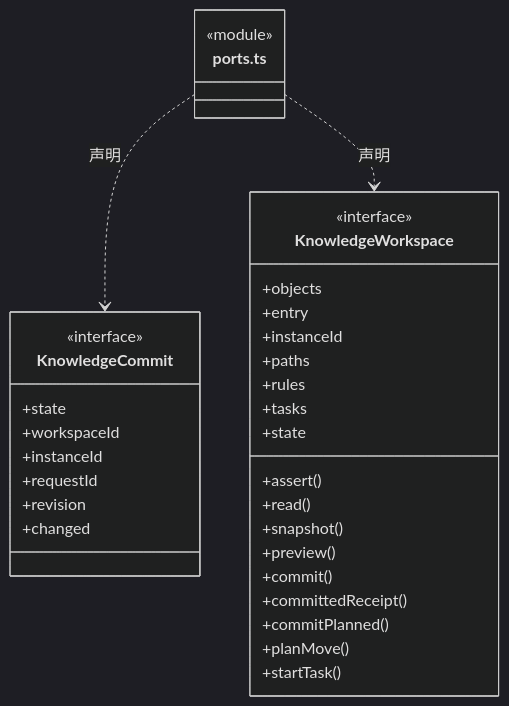
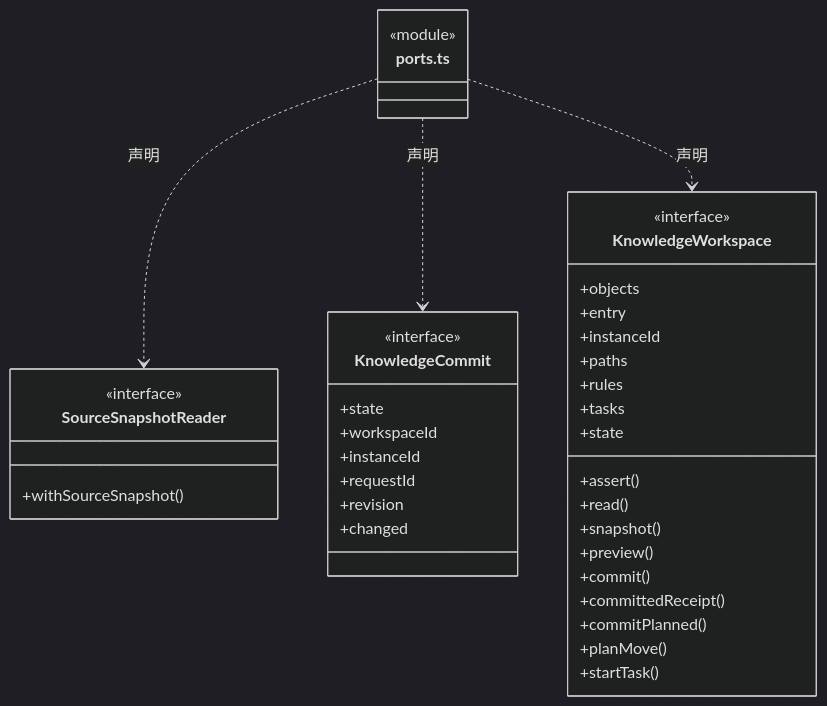
Before and after one commit to nan023062/cbim: diagram 14 of 28 in src/backend/core/knowledge/ARCHITECTURE.md, drawn with Mermaid (dark theme). The commit also changed other lines of this file and 224 other files, not shown here.

````diff
--- a/src/backend/core/knowledge/ARCHITECTURE.md
+++ b/src/backend/core/knowledge/ARCHITECTURE.md
@@ -318,36 +318,41 @@
 ```mermaid
 classDiagram
 class N_src_backend_core_knowledge_ports_ts["ports.ts"] {
   <<module>>
 }
+class N_src_backend_core_knowledge_ports_ts_SourceSnapshotReader["SourceSnapshotReader"] {
+  <<interface>>
+  +withSourceSnapshot()
+}
+N_src_backend_core_knowledge_ports_ts ..> N_src_backend_core_knowledge_ports_ts_SourceSnapshotReader : 声明
 class N_src_backend_core_knowledge_ports_ts_KnowledgeCommit["KnowledgeCommit"] {
   <<interface>>
   +state
   +workspaceId
   +instanceId
   +requestId
   +revision
   +changed
 }
 N_src_backend_core_knowledge_ports_ts ..> N_src_backend_core_knowledge_ports_ts_KnowledgeCommit : 声明
 class N_src_backend_core_knowledge_ports_ts_KnowledgeWorkspace["KnowledgeWorkspace"] {
   <<interface>>
   +objects
   +entry
   +instanceId
   +paths
   +rules
   +tasks
   +state
   +assert()
   +read()
   +snapshot()
   +preview()
   +commit()
   +committedReceipt()
   +commitPlanned()
   +planMove()
   +startTask()
 }
 N_src_backend_core_knowledge_ports_ts ..> N_src_backend_core_knowledge_ports_ts_KnowledgeWorkspace : 声明
 ```
````
